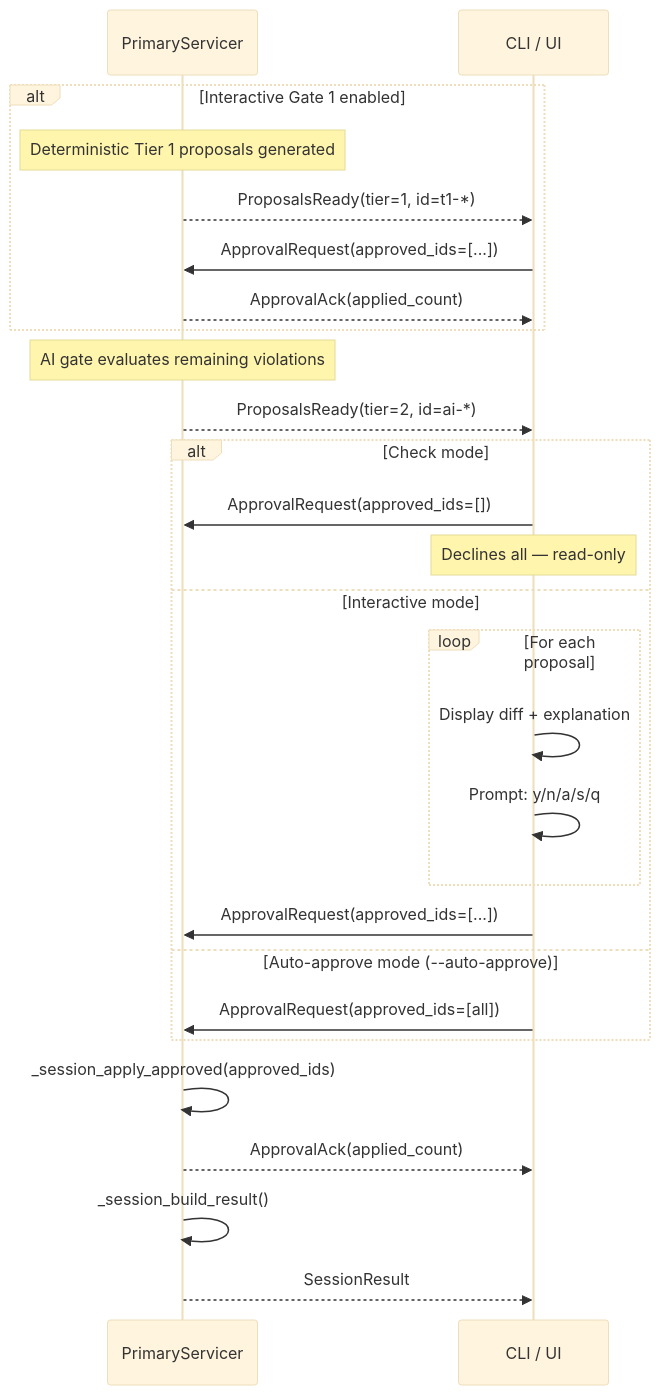
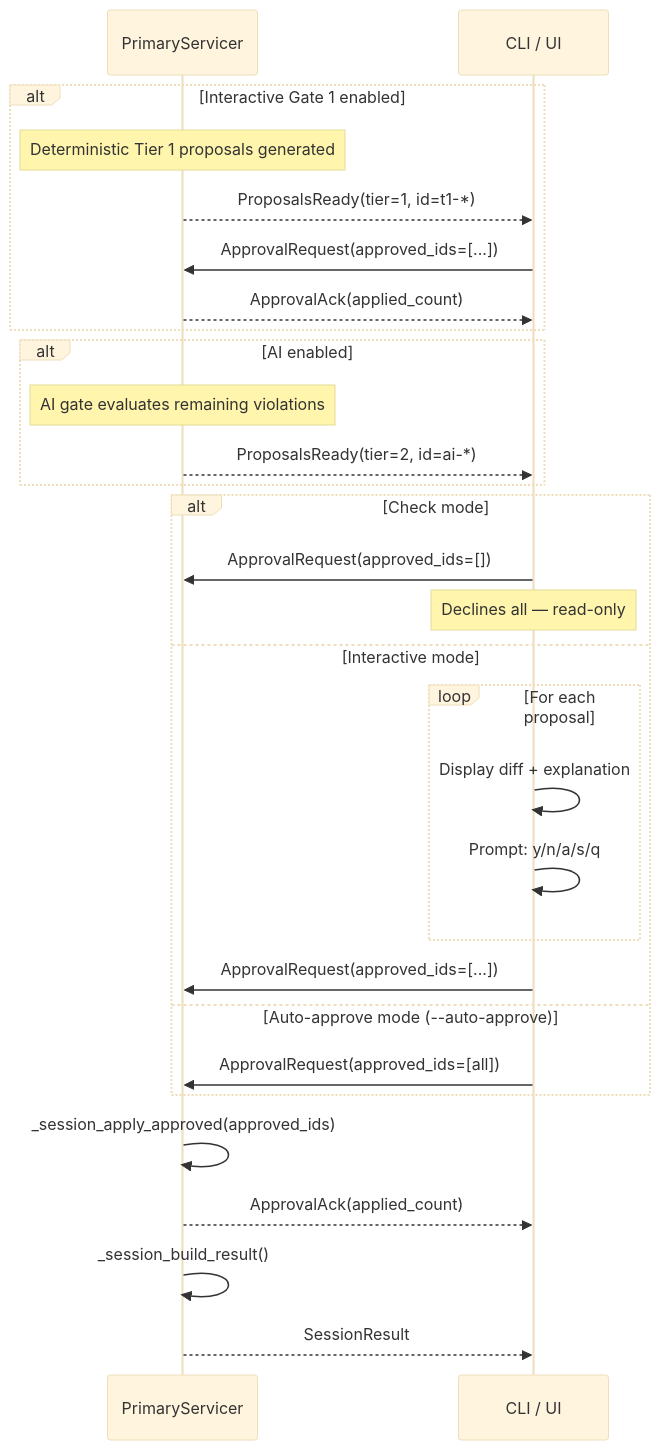
One commit to ansible/apme changed the diagram in docs/architecture/10-human-approval.md. Above: the diagram before and after it, drawn with Mermaid (base theme). The commit also changed other lines of this file and 4 other files, not shown here.

First line of the commit message:
Fix interactive two-gate approval flow and stale proposal handling.

````diff
--- a/docs/architecture/10-human-approval.md
+++ b/docs/architecture/10-human-approval.md
@@ -15,33 +15,35 @@
 ```mermaid
 sequenceDiagram
     participant Primary as PrimaryServicer
     participant CLI as CLI / UI
 
     alt Interactive Gate 1 enabled
         Note over Primary: Deterministic Tier 1 proposals generated
         Primary-->>CLI: ProposalsReady(tier=1, id=t1-*)
         CLI->>Primary: ApprovalRequest(approved_ids=[...])
         Primary-->>CLI: ApprovalAck(applied_count)
     end
 
-    Note over Primary: AI gate evaluates remaining violations
-    Primary-->>CLI: ProposalsReady(tier=2, id=ai-*)
+    alt AI enabled
+        Note over Primary: AI gate evaluates remaining violations
+        Primary-->>CLI: ProposalsReady(tier=2, id=ai-*)
+    end
 
     alt Check mode
         CLI->>Primary: ApprovalRequest(approved_ids=[])
         Note over CLI: Declines all — read-only
     else Interactive mode
         loop For each proposal
             CLI->>CLI: Display diff + explanation
             CLI->>CLI: Prompt: y/n/a/s/q
         end
         CLI->>Primary: ApprovalRequest(approved_ids=[...])
     else Auto-approve mode (--auto-approve)
         CLI->>Primary: ApprovalRequest(approved_ids=[all])
     end
 
     Primary->>Primary: _session_apply_approved(approved_ids)
     Primary-->>CLI: ApprovalAck(applied_count)
     Primary->>Primary: _session_build_result()
     Primary-->>CLI: SessionResult
 ```
````
